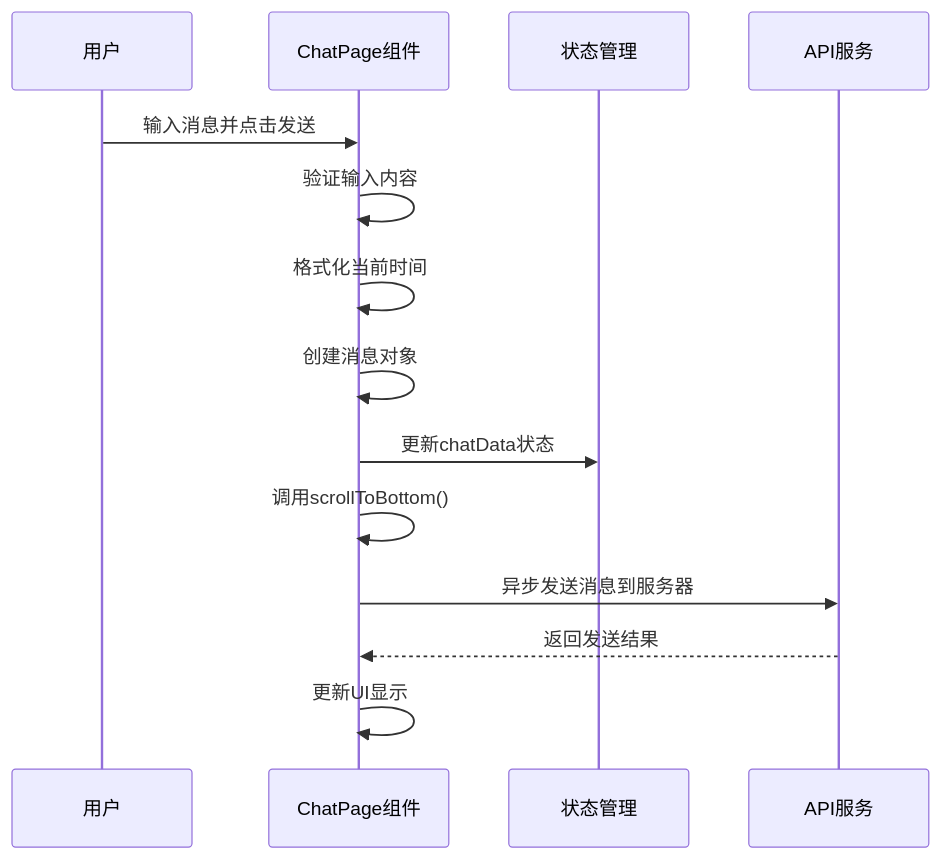
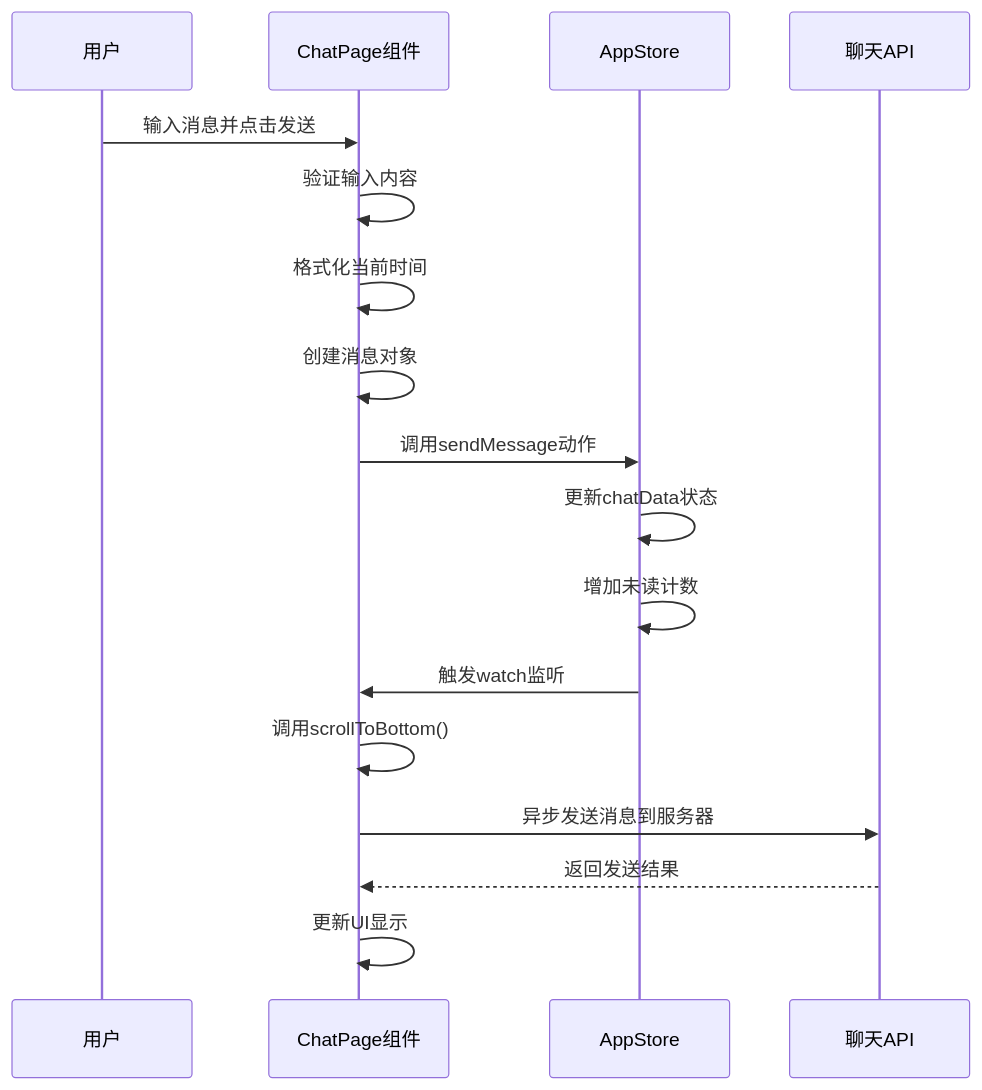
One commit to giserman001/vue3-vant4-mobile changed the fourth of 13 diagrams in .qoder/repowiki/zh/content/核心系统/聊天系统.md. Above: the diagram before and after it, drawn with Mermaid. The commit also changed other lines of this file and 398 other files, not shown here.

````diff
--- a/.qoder/repowiki/zh/content/核心系统/聊天系统.md
+++ b/.qoder/repowiki/zh/content/核心系统/聊天系统.md
@@ -193,16 +246,19 @@
 ```mermaid
 sequenceDiagram
 participant U as 用户
 participant C as ChatPage组件
-participant S as 状态管理
-participant A as API服务
+participant S as AppStore
+participant A as 聊天API
 U->>C : 输入消息并点击发送
 C->>C : 验证输入内容
 C->>C : 格式化当前时间
 C->>C : 创建消息对象
-C->>S : 更新chatData状态
+C->>S : 调用sendMessage动作
+S->>S : 更新chatData状态
+S->>S : 增加未读计数
+S->>C : 触发watch监听
 C->>C : 调用scrollToBottom()
 C->>A : 异步发送消息到服务器
 A-->>C : 返回发送结果
 C->>C : 更新UI显示
 ```
````
